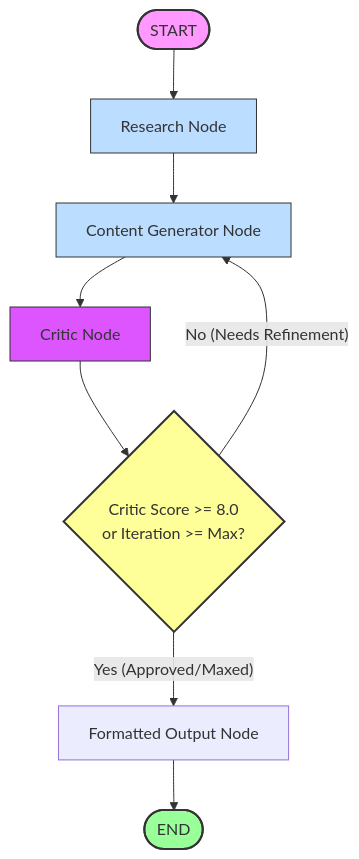
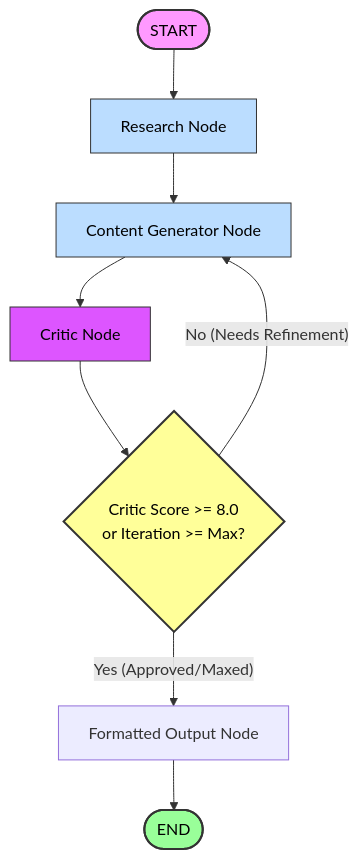
Before and after one commit to Bhuvnn/AI-content-publisher: the diagram in README.md, drawn with Mermaid.

Commit message:
finalise

````diff
--- a/README.md
+++ b/README.md
@@ -76,23 +76,23 @@
 ```mermaid
 graph TD
     %% Define Nodes
     Start([START]) --> NodeResearch[Research Node]
     NodeResearch --> NodeWriter[Content Generator Node]
     NodeWriter --> NodeCritic[Critic Node]
     
     %% Evaluation Conditional Routing
     NodeCritic --> Decision{Critic Score >= 8.0<br/>or Iteration >= Max?}
     
     %% Paths
     Decision -- No (Needs Refinement) --> NodeWriter
     Decision -- Yes (Approved/Maxed) --> NodeFormat[Formatted Output Node]
     NodeFormat --> End([END])
 
     %% Styling
-    style Start fill:#f9f,stroke:#333,stroke-width:2px
-    style End fill:#9f9,stroke:#333,stroke-width:2px
-    style Decision fill:#ff9,stroke:#333,stroke-width:2px
-    style NodeCritic fill:#d5f,stroke:#333,stroke-width:1px
-    style NodeWriter fill:#bdf,stroke:#333,stroke-width:1px
-    style NodeResearch fill:#bdf,stroke:#333,stroke-width:1px
+    style Start fill:#f9f,stroke:#333,stroke-width:2px,color:#000
+    style End fill:#9f9,stroke:#333,stroke-width:2px,color:#000
+    style Decision fill:#ff9,stroke:#333,stroke-width:2px,color:#000
+    style NodeCritic fill:#d5f,stroke:#333,stroke-width:1px,color:#000
+    style NodeWriter fill:#bdf,stroke:#333,stroke-width:1px,color:#000
+    style NodeResearch fill:#bdf,stroke:#333,stroke-width:1px,color:#000
 ```
````
